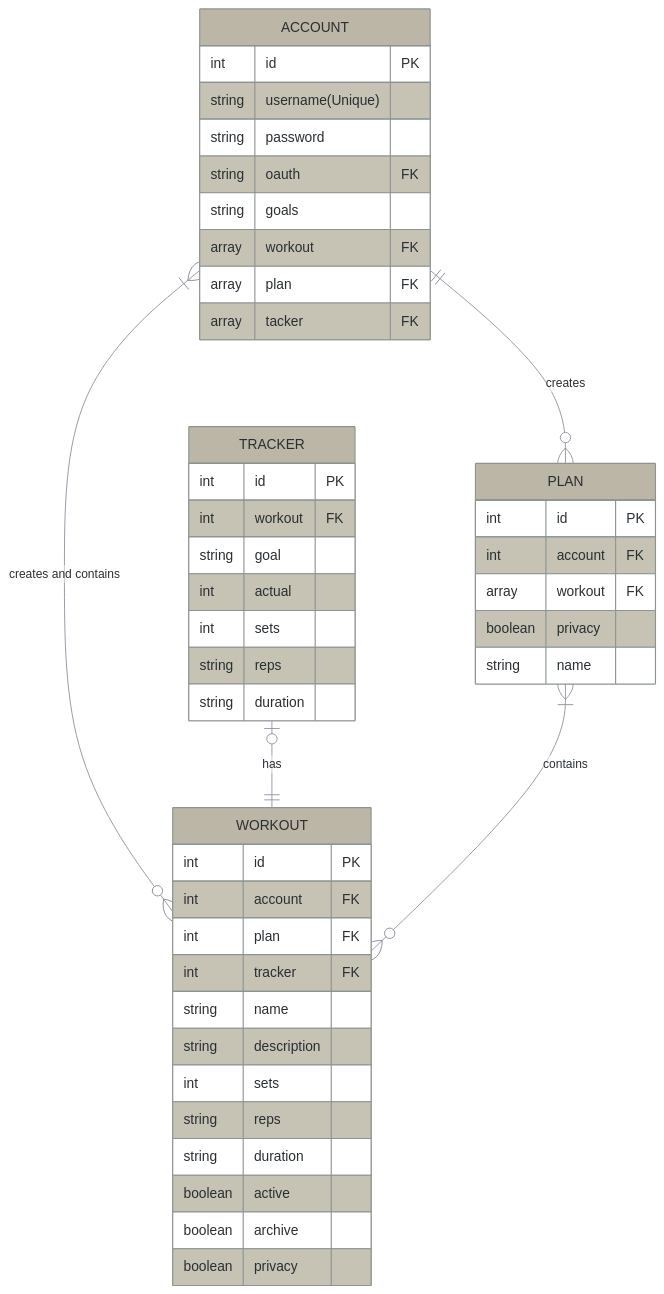
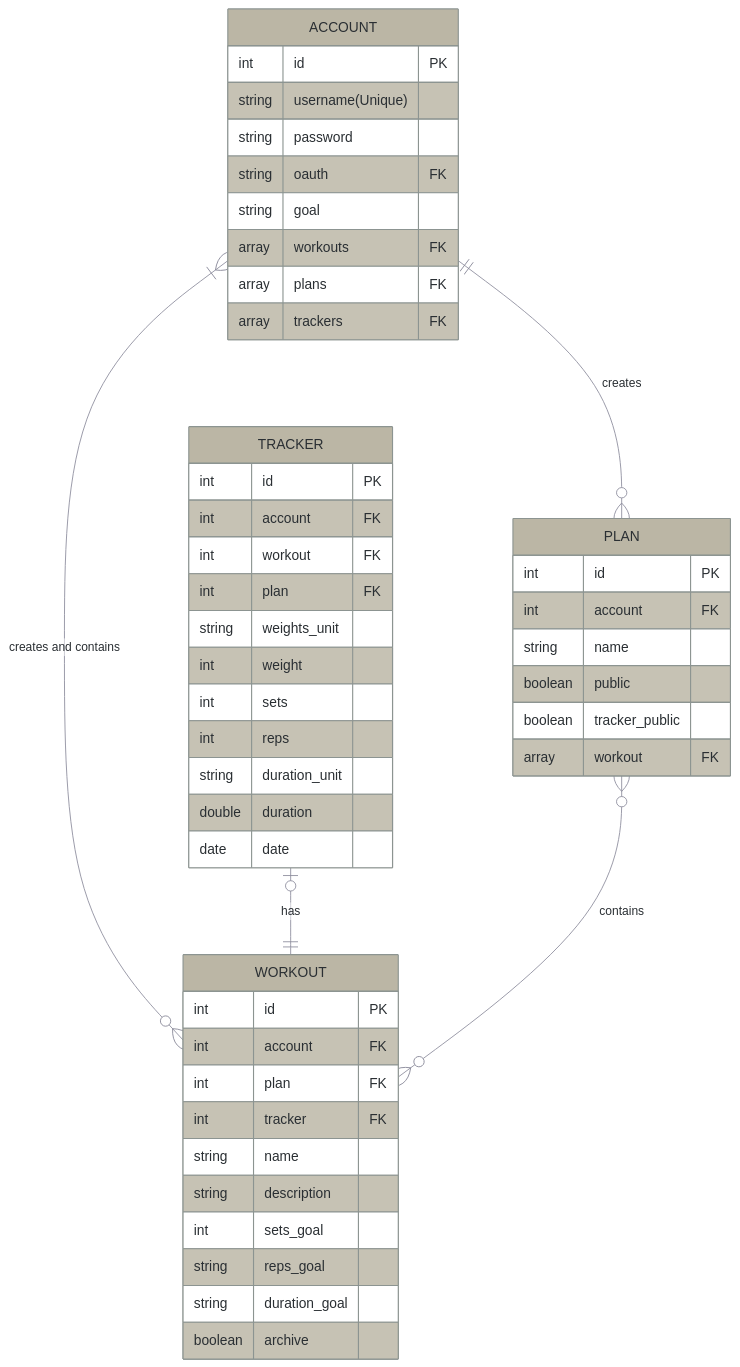
One commit to EfrainAD/Workout-App changed the diagram in ERD.md. Above: the diagram before and after it, drawn with Mermaid. The commit also changed other lines of this file, not shown here.

Commit message:
Updated the ERD to changes in the DB, and some naming changes.

````diff
--- a/ERD.md
+++ b/ERD.md
@@ -3,62 +3,64 @@
 ```mermaid
-%%{ 
+%%{
 	init: {
 		'theme': 'base',
 		'themeVariables': {
 			'primaryColor': '#BBB6A5',
 			'primaryTextColor': '#2A2F33',
 			'primaryBorderColor': '#8C9491',
 			'lineColor': '#8C8C9C',
 			'secondaryColor': '#8C9491',
 			'tertiaryColor': '#fff'
 		}
 	}
 }%%
 erDiagram
     ACCOUNT ||--o{ PLAN : creates
     ACCOUNT }|--o{ WORKOUT : "creates and contains"
     ACCOUNT {
-	    int id PK
-	    string username(Unique)
-		string password 
+		int id PK
+		string username(Unique)
+		string password
 		string oauth FK
-	    string goals
-	    array workout FK
-	    array plan FK
-		array tacker FK
+		string goal
+		array workouts FK
+		array plans FK
+		array trackers FK
     }
 	TRACKER |o--|| WORKOUT : has
 	TRACKER {
 		int id PK
+		int account FK
 		int workout FK
-		string goal
-		int actual
+		int plan FK
+		string weights_unit
+		int weight
 		int sets
-		string reps
-		string duration
+		int reps
+		string duration_unit
+		double duration
+		date date
 	}
-    PLAN }|--o{ WORKOUT : contains
+    PLAN }o--o{ WORKOUT : contains
     PLAN {
-	    int id PK
-	    int account FK
-	    array workout FK
-	    boolean privacy
-	    string name
+		int id PK
+		int account FK
+		string name
+		boolean public
+		boolean tracker_public
+		array workout FK
 	}
     WORKOUT {
-	    int id PK
-	    int account FK
-	    int plan FK
+		int id PK
+		int account FK
+		int plan FK
 		int tracker FK
-	    string name 
-	    string description
-		int sets
-		string reps
-		string duration
-	    boolean active
-        boolean archive
-	    boolean privacy
-	
+		string name
+		string description
+		int sets_goal
+		string reps_goal
+		string duration_goal
+		boolean archive
     }
 
 ```
````
